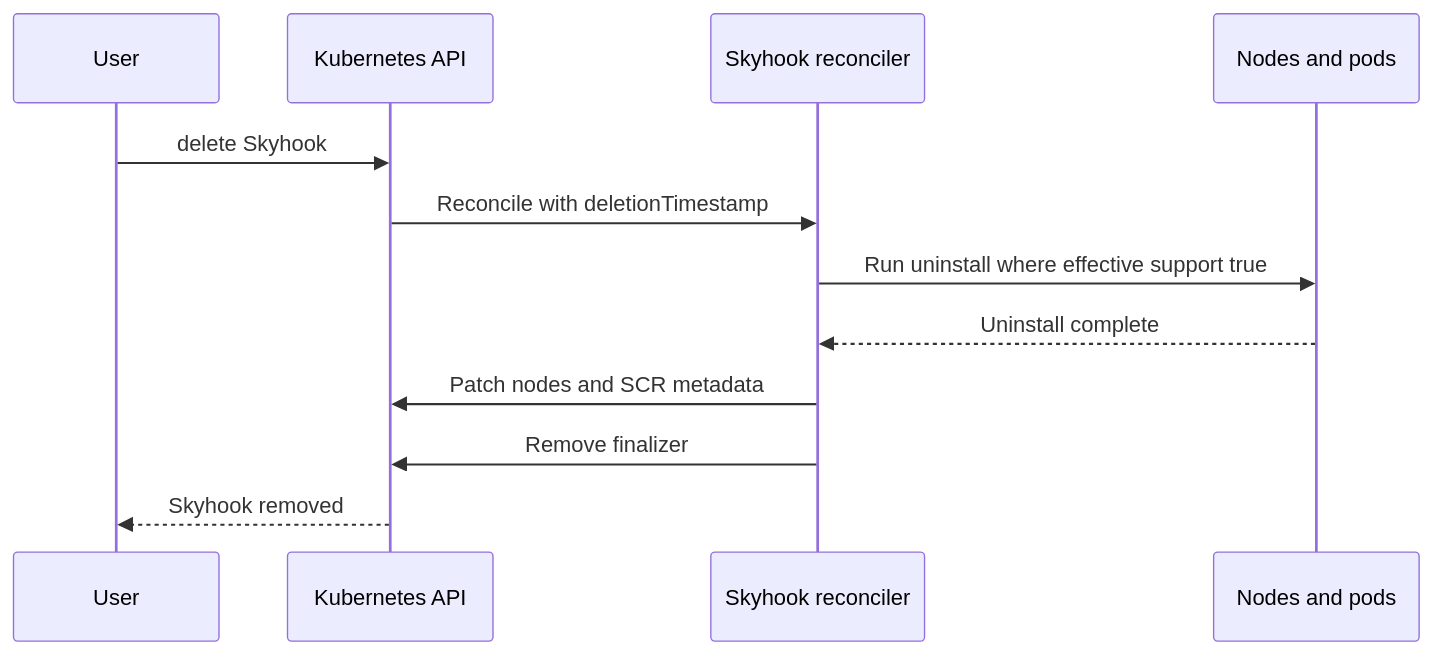
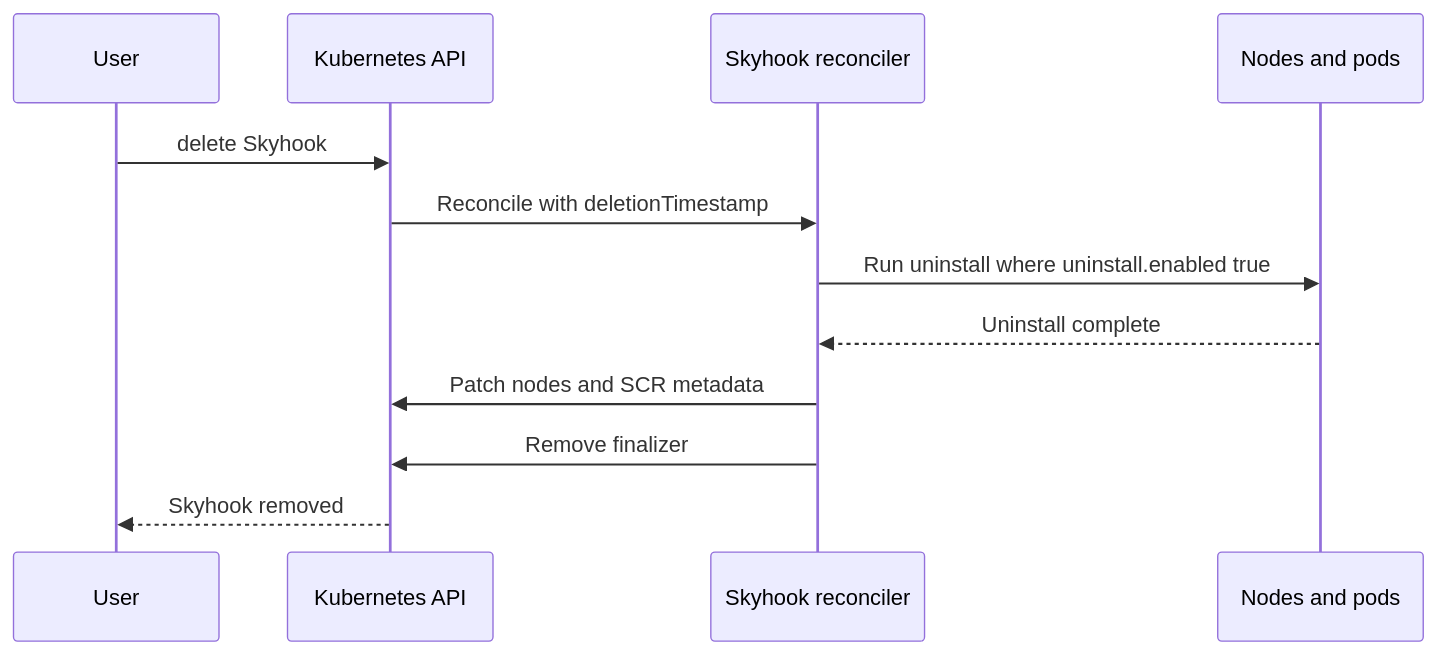
Before and after one commit to NVIDIA/nodewright: the diagram in docs/designs/uninstall-enhancement.md, drawn with Mermaid. The commit also changed other lines of this file, not shown here.

Commit message:
docs(design/uninstall-enhancement): remove capability discovery to save for later design

````diff
--- a/docs/designs/uninstall-enhancement.md
+++ b/docs/designs/uninstall-enhancement.md
@@ -194,14 +142,14 @@
 ```mermaid
 sequenceDiagram
   participant User
   participant API as Kubernetes API
   participant Op as Skyhook reconciler
   participant Node as Nodes and pods
   User->>API: delete Skyhook
   API->>Op: Reconcile with deletionTimestamp
-  Op->>Node: Run uninstall where effective support true
+  Op->>Node: Run uninstall where uninstall.enabled true
   Node-->>Op: Uninstall complete
   Op->>API: Patch nodes and SCR metadata
   Op->>API: Remove finalizer
   API-->>User: Skyhook removed
 ```
````
